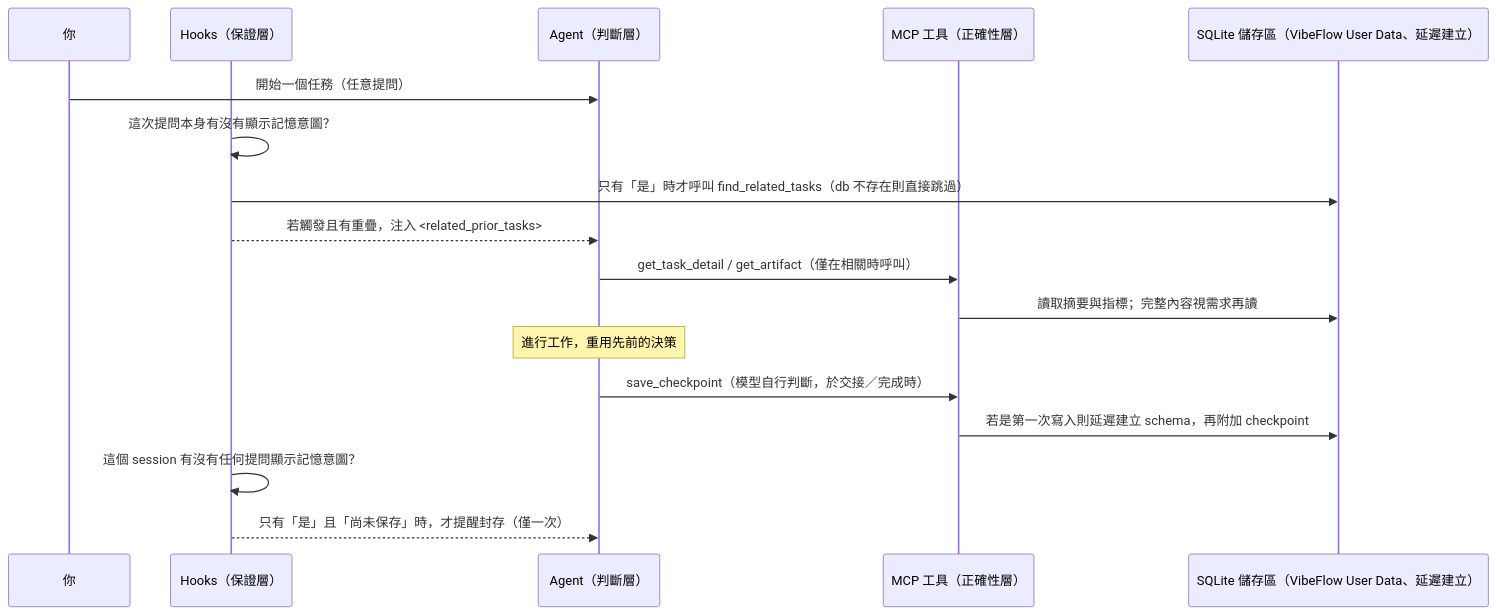
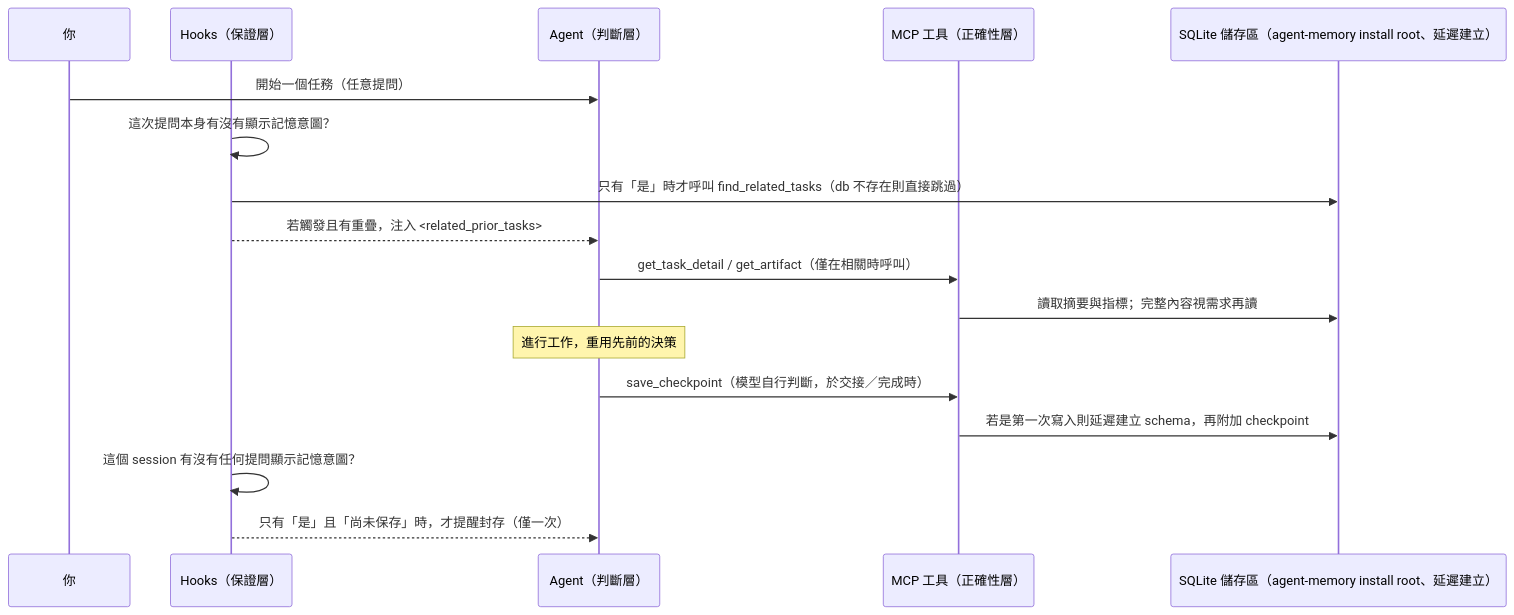
One commit to KWYeh-cl/agent-memory changed the diagram in README.md. Above: the diagram before and after it, drawn with Mermaid. The commit also changed other lines of this file and 16 other files, not shown here.

Commit message:
Use single root memory store

````diff
--- a/README.md
+++ b/README.md
@@ -99,20 +99,20 @@
 ```mermaid
 sequenceDiagram
     participant U as 你
     participant Hk as Hooks（保證層）
     participant Ag as Agent（判斷層）
     participant Mc as MCP 工具（正確性層）
-    participant DB as SQLite 儲存區（VibeFlow User Data、延遲建立）
+    participant DB as SQLite 儲存區（agent-memory install root、延遲建立）
 
     U->>Ag: 開始一個任務（任意提問）
     Hk->>Hk: 這次提問本身有沒有顯示記憶意圖？
     Hk->>DB: 只有「是」時才呼叫 find_related_tasks（db 不存在則直接跳過）
     Hk-->>Ag: 若觸發且有重疊，注入 <related_prior_tasks>
     Ag->>Mc: get_task_detail / get_artifact（僅在相關時呼叫）
     Mc->>DB: 讀取摘要與指標；完整內容視需求再讀
     Note over Ag: 進行工作，重用先前的決策
     Ag->>Mc: save_checkpoint（模型自行判斷，於交接／完成時）
     Mc->>DB: 若是第一次寫入則延遲建立 schema，再附加 checkpoint
     Hk->>Hk: 這個 session 有沒有任何提問顯示記憶意圖？
     Hk-->>Ag: 只有「是」且「尚未保存」時，才提醒封存（僅一次）
 ```
````
